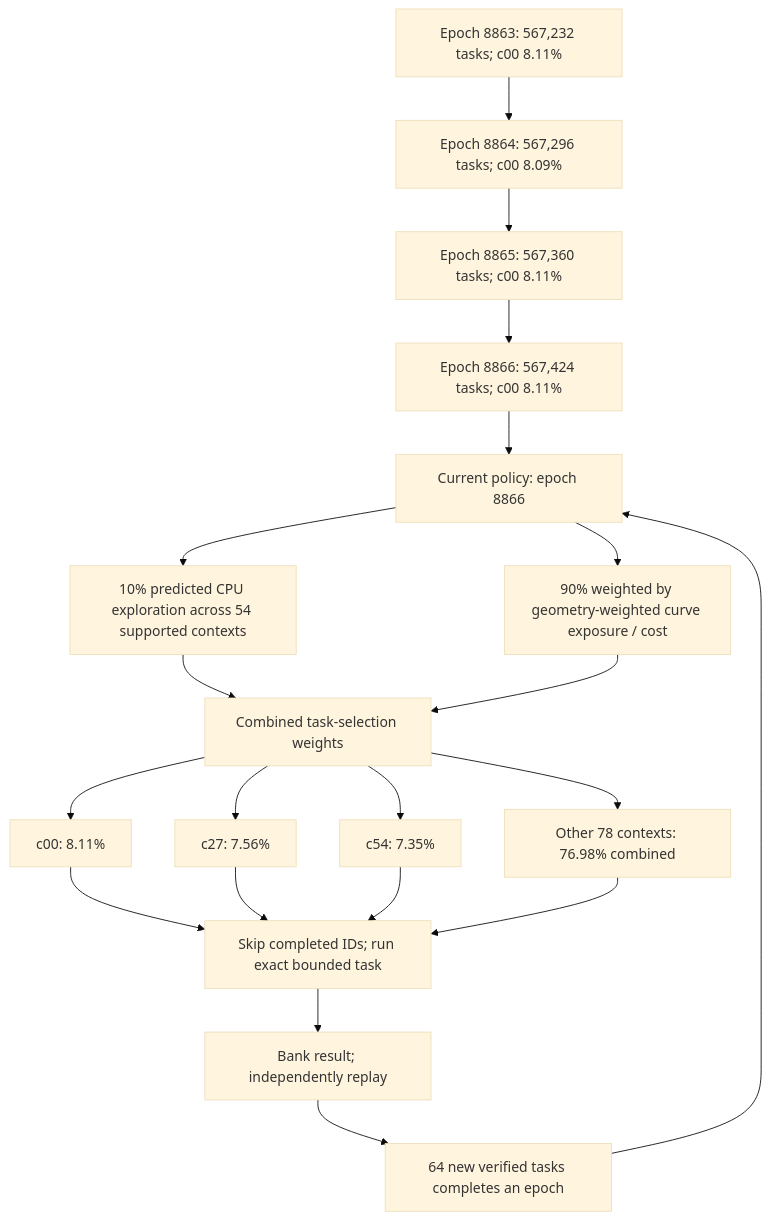
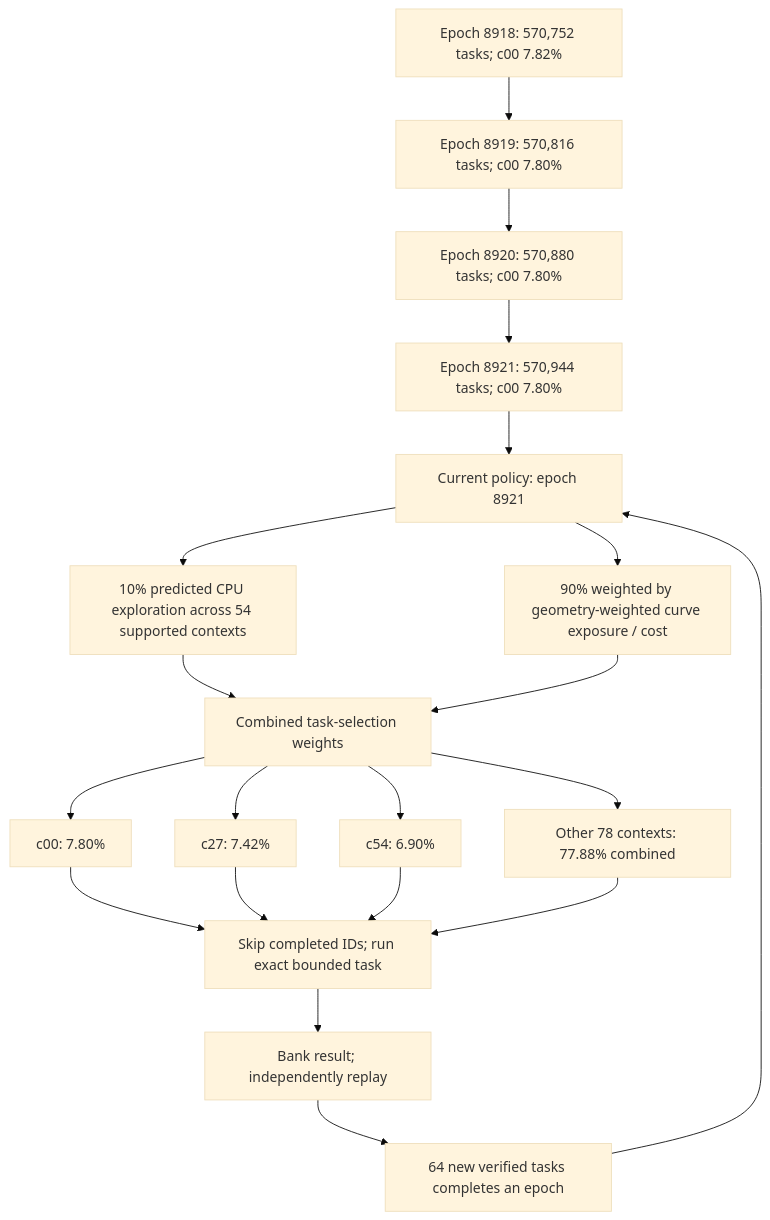
The first of 4 diagrams in README.md (Kuberwastaken/math-gambling), drawn with Mermaid (base theme) before and after one commit. The commit also changed other lines of this file and 8386 other files, not shown here.

````diff
--- a/README.md
+++ b/README.md
@@ -60,27 +60,27 @@
 ```mermaid
 flowchart TD
-    H0["Epoch 8863: 567,232 tasks; c00 8.11%"]
-    H1["Epoch 8864: 567,296 tasks; c00 8.09%"]
+    H0["Epoch 8918: 570,752 tasks; c00 7.82%"]
+    H1["Epoch 8919: 570,816 tasks; c00 7.80%"]
     H0 --> H1
-    H2["Epoch 8865: 567,360 tasks; c00 8.11%"]
+    H2["Epoch 8920: 570,880 tasks; c00 7.80%"]
     H1 --> H2
-    H3["Epoch 8866: 567,424 tasks; c00 8.11%"]
+    H3["Epoch 8921: 570,944 tasks; c00 7.80%"]
     H2 --> H3
-    Policy["Current policy: epoch 8866"]
+    Policy["Current policy: epoch 8921"]
     H3 --> Policy
     Policy --> Explore["10% predicted CPU exploration across 54 supported contexts"]
     Policy --> Cost["90% weighted by geometry-weighted curve exposure / cost"]
     Explore --> Mix["Combined task-selection weights"]
     Cost --> Mix
-    Mix --> C0["c00: 8.11%"]
-    Mix --> C1["c27: 7.56%"]
-    Mix --> C2["c54: 7.35%"]
-    Mix --> Rest["Other 78 contexts: 76.98% combined"]
+    Mix --> C0["c00: 7.80%"]
+    Mix --> C1["c27: 7.42%"]
+    Mix --> C2["c54: 6.90%"]
+    Mix --> Rest["Other 78 contexts: 77.88% combined"]
     C0 --> Check["Skip completed IDs; run exact bounded task"]
     C1 --> Check
     C2 --> Check
     Rest --> Check
     Check --> Replay["Bank result; independently replay"]
     Replay --> Gate["64 new verified tasks completes an epoch"]
     Gate --> Policy
 ```
````
